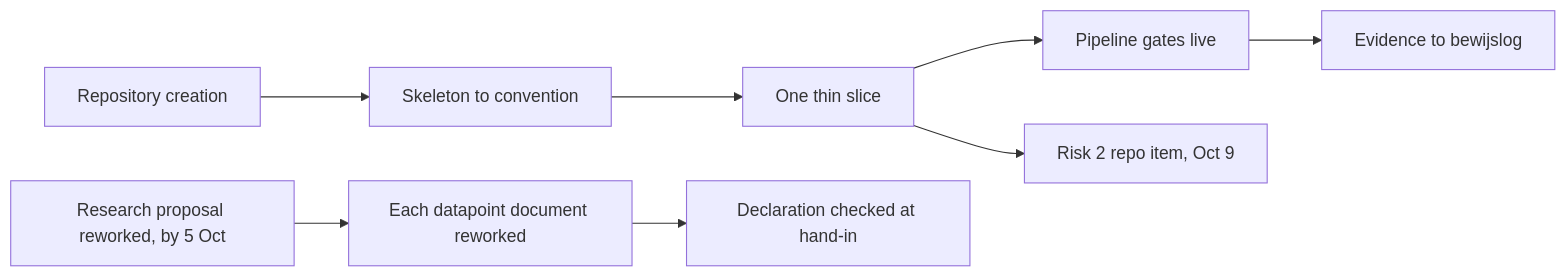
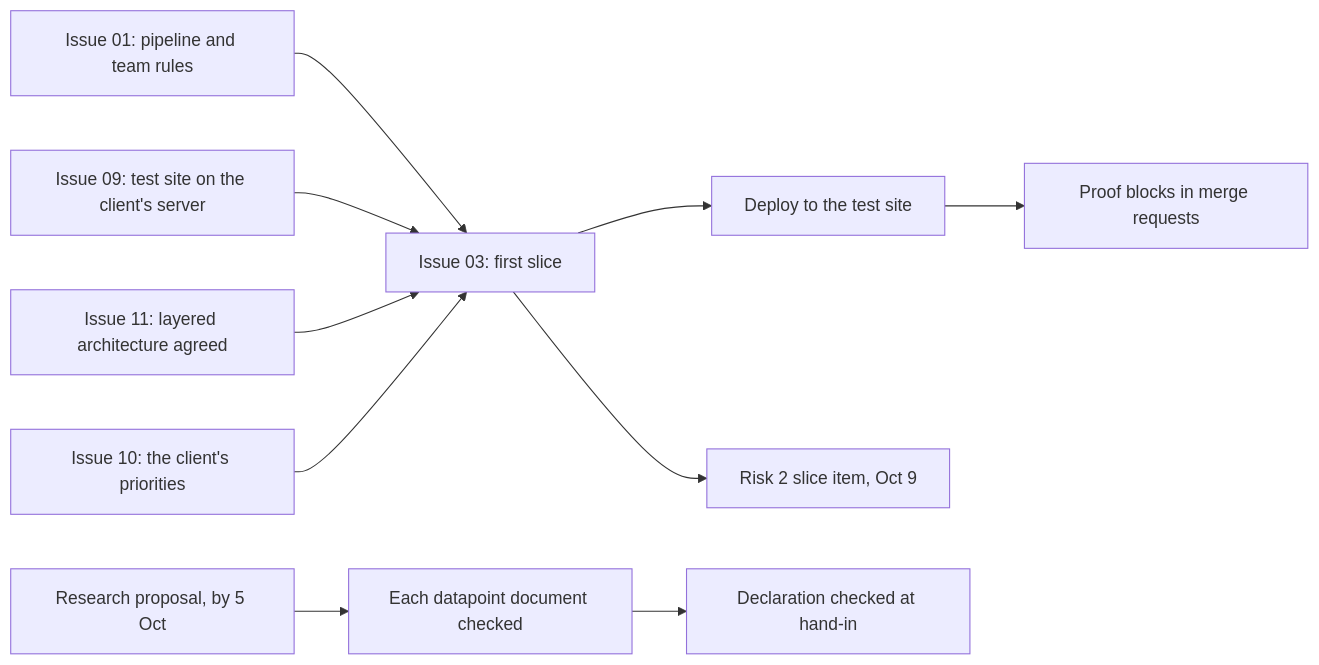
One commit to guruITA/connect-nine changed the diagram in docs/team/actionOverview.md. Above: the diagram before and after it, drawn with Mermaid. The commit also changed other lines of this file and 21 other files, not shown here.

````diff
--- a/docs/team/actionOverview.md
+++ b/docs/team/actionOverview.md
@@ -80,10 +98,12 @@
 ```mermaid
 flowchart LR
-    A[Repository creation] --> B[Skeleton to convention]
-    B --> C[One thin slice]
-    C --> D[Pipeline gates live]
-    D --> E[Evidence to bewijslog]
-    C --> F[Risk 2 repo item, Oct 9]
-    G[Research proposal reworked, by 5 Oct] --> H[Each datapoint document reworked]
+    A[Issue 01: pipeline and team rules] --> C[Issue 03: first slice]
+    B[Issue 09: test site on the client's server] --> C
+    K[Issue 11: layered architecture agreed] --> C
+    L[Issue 10: the client's priorities] --> C
+    C --> D[Deploy to the test site]
+    D --> E[Proof blocks in merge requests]
+    C --> F[Risk 2 slice item, Oct 9]
+    G[Research proposal, by 5 Oct] --> H[Each datapoint document checked]
     H --> I[Declaration checked at hand-in]
 ```
````
